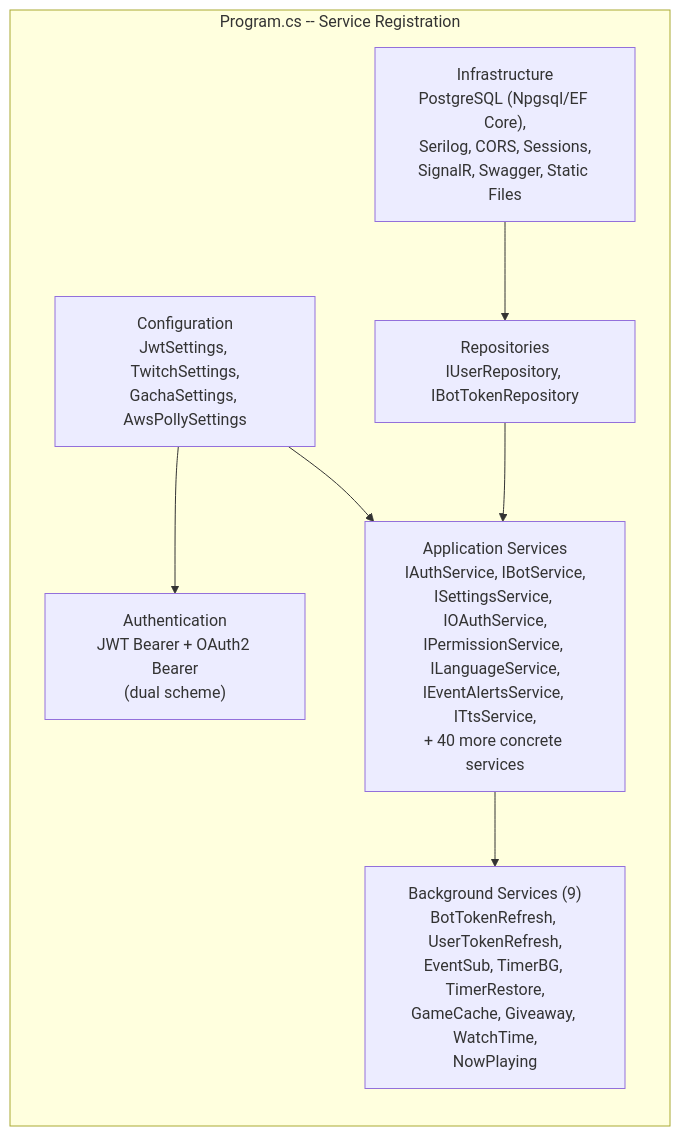
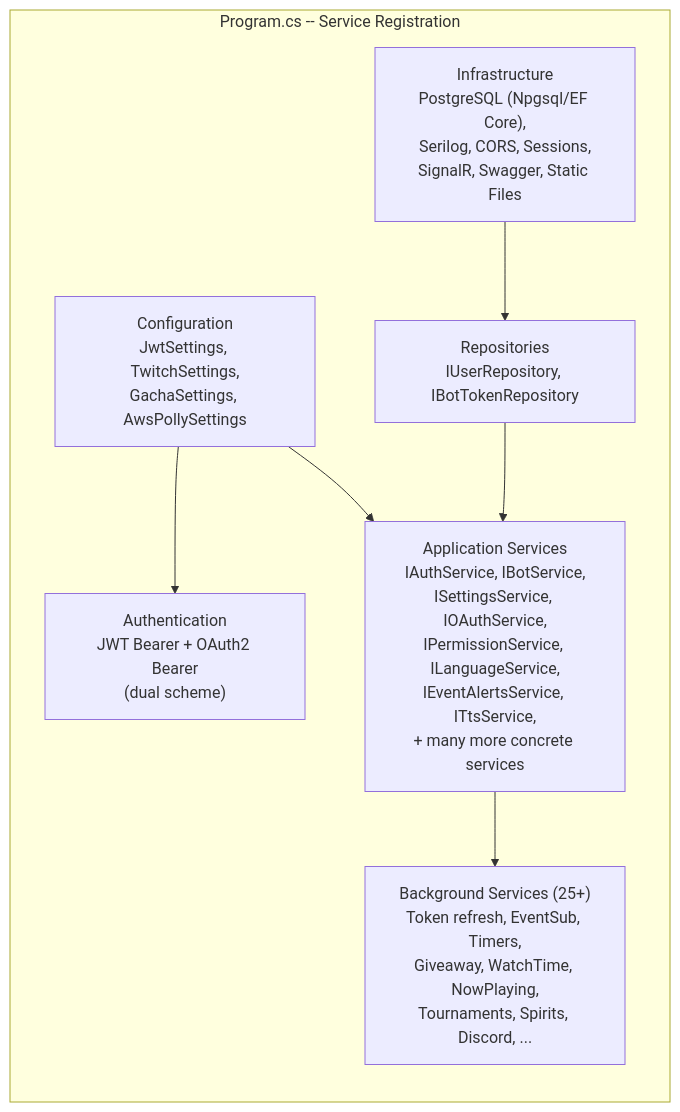
The second of 12 diagrams in docs/ARCHITECTURE.md (decatrondev/decatron), drawn with Mermaid before and after one commit. The commit also changed other lines of this file and 14 other files, not shown here.

Commit message:
Documentación de GitHub: docs/ revisados contra el código (EventSub por conduit, API pública v1, comandos, overlays, configuración, despliegue) y versión completa en español en docs/es

````diff
--- a/docs/ARCHITECTURE.md
+++ b/docs/ARCHITECTURE.md
@@ -193,18 +156,18 @@
 ```mermaid
 graph LR
     subgraph "Program.cs -- Service Registration"
         direction TB
         Config["Configuration<br/>JwtSettings, TwitchSettings,<br/>GachaSettings, AwsPollySettings"]
         Infra["Infrastructure<br/>PostgreSQL (Npgsql/EF Core),<br/>Serilog, CORS, Sessions,<br/>SignalR, Swagger, Static Files"]
         Auth["Authentication<br/>JWT Bearer + OAuth2 Bearer<br/>(dual scheme)"]
         Repos["Repositories<br/>IUserRepository, IBotTokenRepository"]
-        Services["Application Services<br/>IAuthService, IBotService,<br/>ISettingsService, IOAuthService,<br/>IPermissionService, ILanguageService,<br/>IEventAlertsService, ITtsService,<br/>+ 40 more concrete services"]
-        BG["Background Services (9)<br/>BotTokenRefresh, UserTokenRefresh,<br/>EventSub, TimerBG, TimerRestore,<br/>GameCache, Giveaway, WatchTime,<br/>NowPlaying"]
+        Services["Application Services<br/>IAuthService, IBotService,<br/>ISettingsService, IOAuthService,<br/>IPermissionService, ILanguageService,<br/>IEventAlertsService, ITtsService,<br/>+ many more concrete services"]
+        BG["Background Services (25+)<br/>Token refresh, EventSub, Timers,<br/>Giveaway, WatchTime, NowPlaying,<br/>Tournaments, Spirits, Discord, ..."]
     end
 
     Config --> Auth
     Config --> Services
     Infra --> Repos
     Repos --> Services
     Services --> BG
 ```
````
